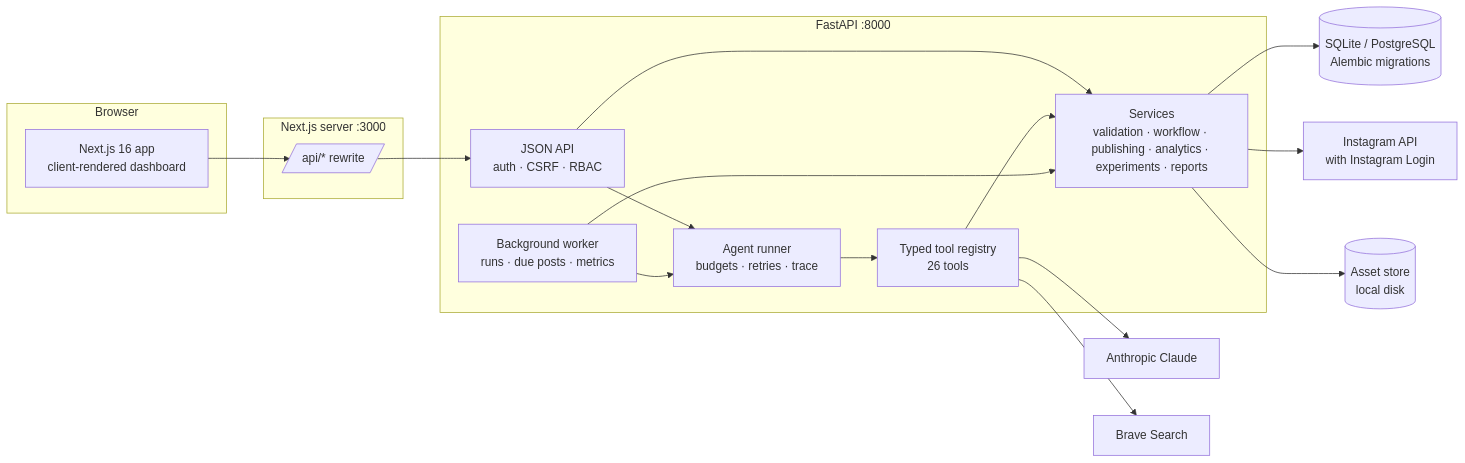
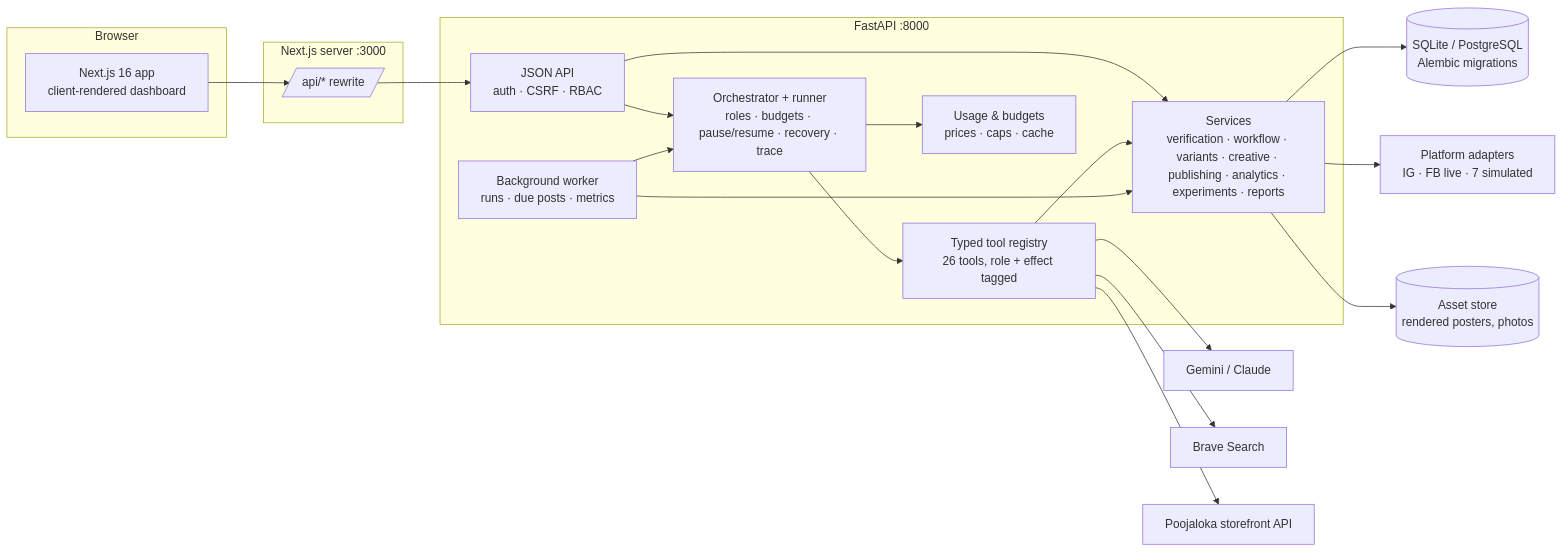
The first of 3 diagrams in docs/ARCHITECTURE.md (darshan011006/GrowthPilot-AI-), drawn with Mermaid before and after one commit. The commit also changed other lines of this file and 10 other files, not shown here.

````diff
--- a/docs/ARCHITECTURE.md
+++ b/docs/ARCHITECTURE.md
@@ -5,30 +5,34 @@
 ```mermaid
 flowchart LR
   subgraph Browser
     UI[Next.js 16 app<br/>client-rendered dashboard]
   end
   subgraph Web["Next.js server :3000"]
     RW[/api/* rewrite/]
   end
   subgraph API["FastAPI :8000"]
     R[JSON API<br/>auth · CSRF · RBAC]
-    AG[Agent runner<br/>budgets · retries · trace]
-    TR[Typed tool registry<br/>26 tools]
-    SV[Services<br/>validation · workflow · publishing · analytics · experiments · reports]
+    AG[Orchestrator + runner<br/>roles · budgets · pause/resume · recovery · trace]
+    TR[Typed tool registry<br/>26 tools, role + effect tagged]
+    SV[Services<br/>verification · workflow · variants · creative · publishing · analytics · experiments · reports]
+    U[Usage & budgets<br/>prices · caps · cache]
     W[Background worker<br/>runs · due posts · metrics]
   end
   DB[(SQLite / PostgreSQL<br/>Alembic migrations)]
-  FS[(Asset store<br/>local disk)]
-  LLM[Anthropic Claude]
+  FS[(Asset store<br/>rendered posters, photos)]
+  LLM[Gemini / Claude]
   S[Brave Search]
-  IG[Instagram API<br/>with Instagram Login]
+  PJ[Poojaloka storefront API]
+  P7[Platform adapters<br/>IG · FB live · 7 simulated]
   UI --> RW --> R
   R --> SV --> DB
   R --> AG
   W --> AG --> TR --> SV
   TR --> S
   TR --> LLM
-  SV --> IG
+  TR --> PJ
+  AG --> U
+  SV --> P7
   SV --> FS
   W --> SV
 ```
````
